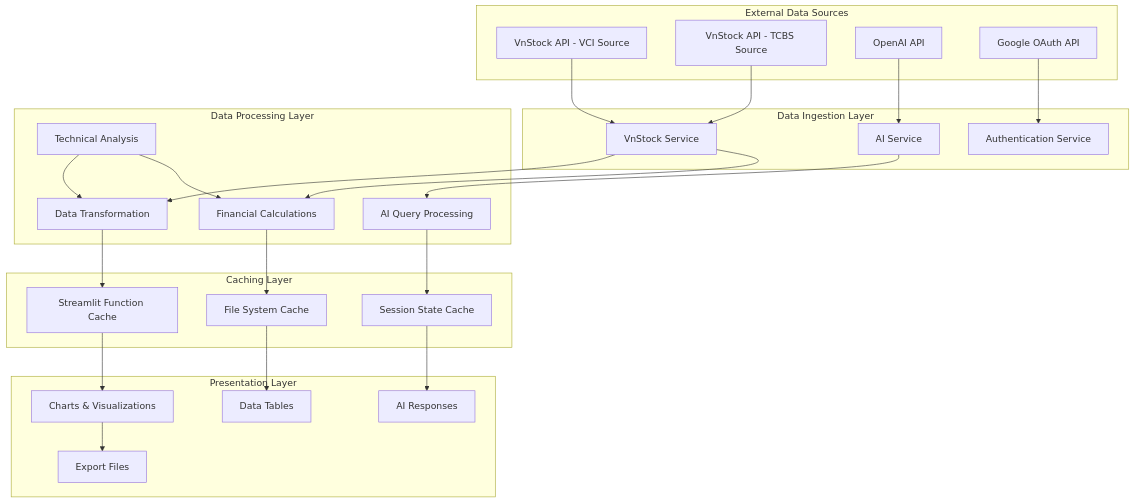
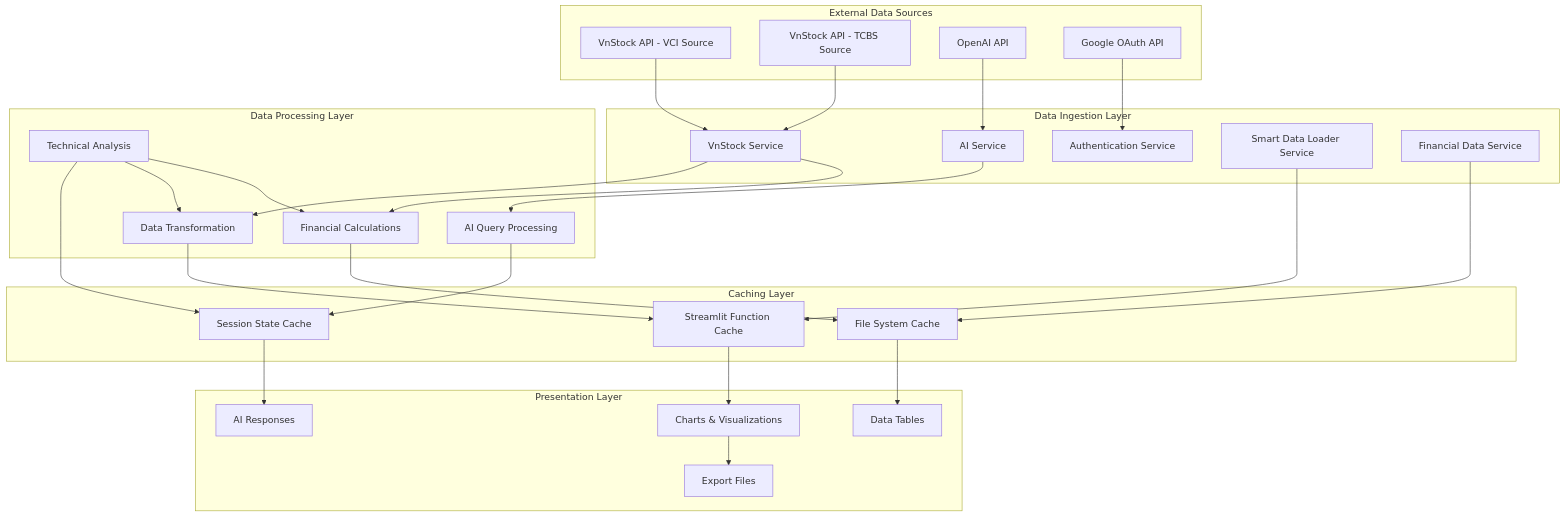
One commit to gahoccode/finance-bro changed the first of 4 diagrams in docs/architecture/05-data-architecture.md. Above: the diagram before and after it, drawn with Mermaid. The commit also changed other lines of this file and 6 other files, not shown here.

````diff
--- a/docs/architecture/05-data-architecture.md
+++ b/docs/architecture/05-data-architecture.md
@@ -9,56 +11,61 @@
 ```mermaid
 flowchart TD
     subgraph "External Data Sources"
         A[VnStock API - VCI Source]
         B[VnStock API - TCBS Source]
         C[OpenAI API]
         D[Google OAuth API]
     end
     
     subgraph "Data Ingestion Layer"
         E[VnStock Service]
         F[AI Service]
         G[Authentication Service]
+        H[Smart Data Loader Service]
+        I[Financial Data Service]
     end
     
     subgraph "Data Processing Layer"
-        H[Data Transformation]
-        I[Financial Calculations]
-        J[Technical Analysis]
-        K[AI Query Processing]
+        J[Data Transformation]
+        K[Financial Calculations]
+        L[Technical Analysis]
+        M[AI Query Processing]
     end
     
     subgraph "Caching Layer"
-        L[Streamlit Function Cache]
-        M[File System Cache]
-        N[Session State Cache]
+        N[Streamlit Function Cache]
+        O[File System Cache]
+        P[Session State Cache]
     end
     
     subgraph "Presentation Layer"
-        O[Charts & Visualizations]
-        P[Data Tables]
-        Q[AI Responses]
-        R[Export Files]
+        Q[Charts & Visualizations]
+        R[Data Tables]
+        S[AI Responses]
+        T[Export Files]
     end
     
     A --> E
     B --> E
     C --> F
     D --> G
     
-    E --> H
-    E --> I
-    F --> K
+    E --> J
+    E --> K
+    F --> M
+    H --> N
+    I --> O
     
-    H --> L
-    I --> M
-    K --> N
+    J --> N
+    K --> O
+    L --> P
+    M --> P
     
-    L --> O
-    M --> P
     N --> Q
     O --> R
+    P --> S
+    Q --> T
     
-    J --> H
-    J --> I
+    L --> J
+    L --> K
 ```
````
